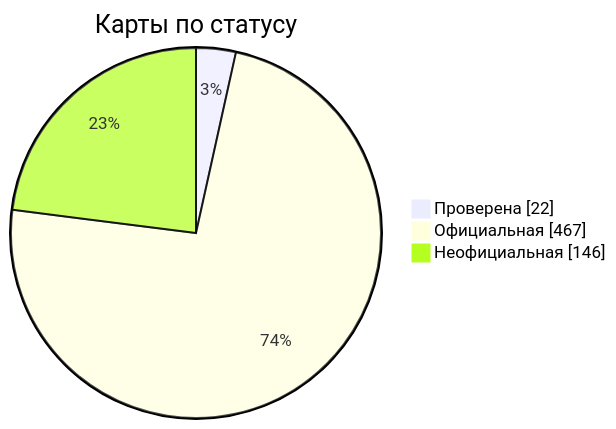
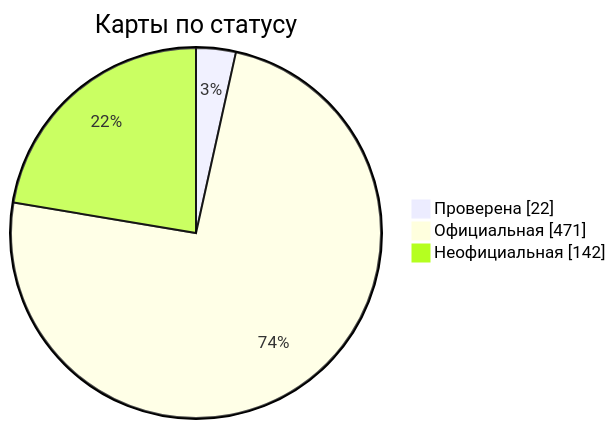
The diagram in docs/readme/README_RU.md (nobrega8/mbmap-library), drawn with Mermaid before and after one commit. The commit also changed 4 other files, not shown here.

````diff
--- a/docs/readme/README_RU.md
+++ b/docs/readme/README_RU.md
@@ -54,7 +54,7 @@
 ```mermaid
 pie showData
     title Карты по статусу
     "Проверена" : 22
-    "Официальная" : 467
-    "Неофициальная" : 146
+    "Официальная" : 471
+    "Неофициальная" : 142
 ```
````
